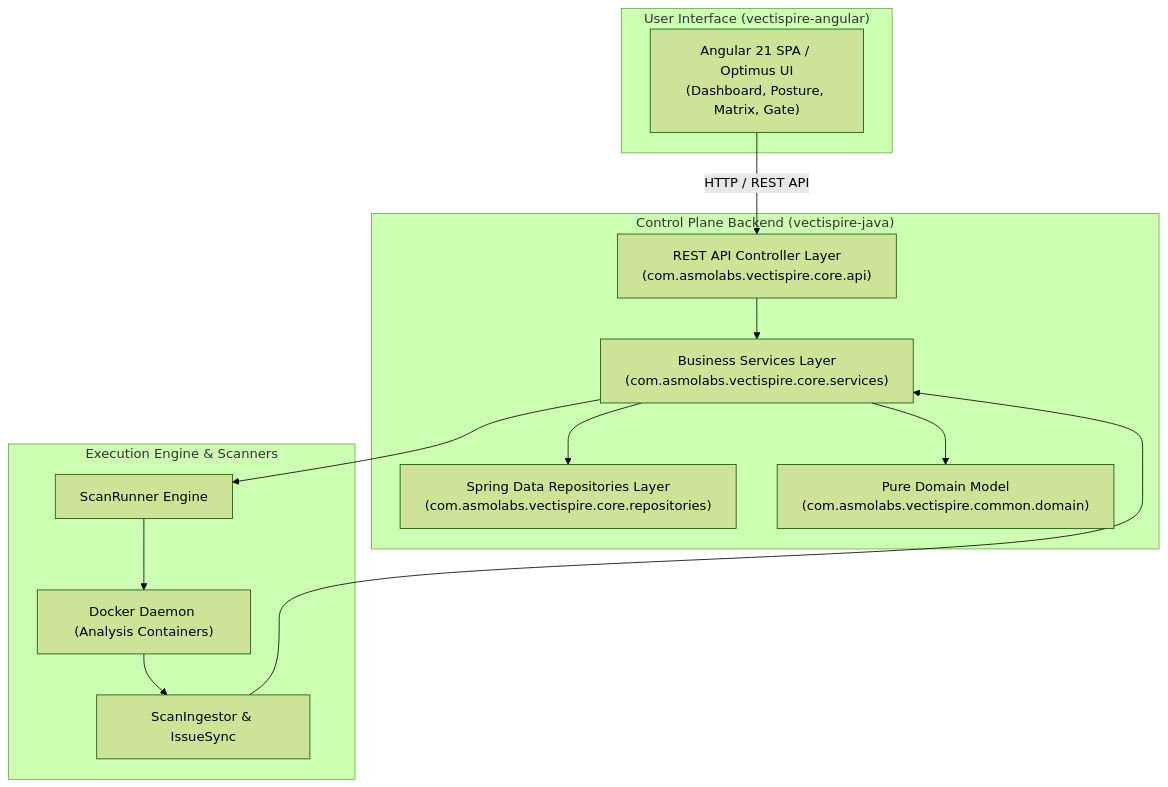
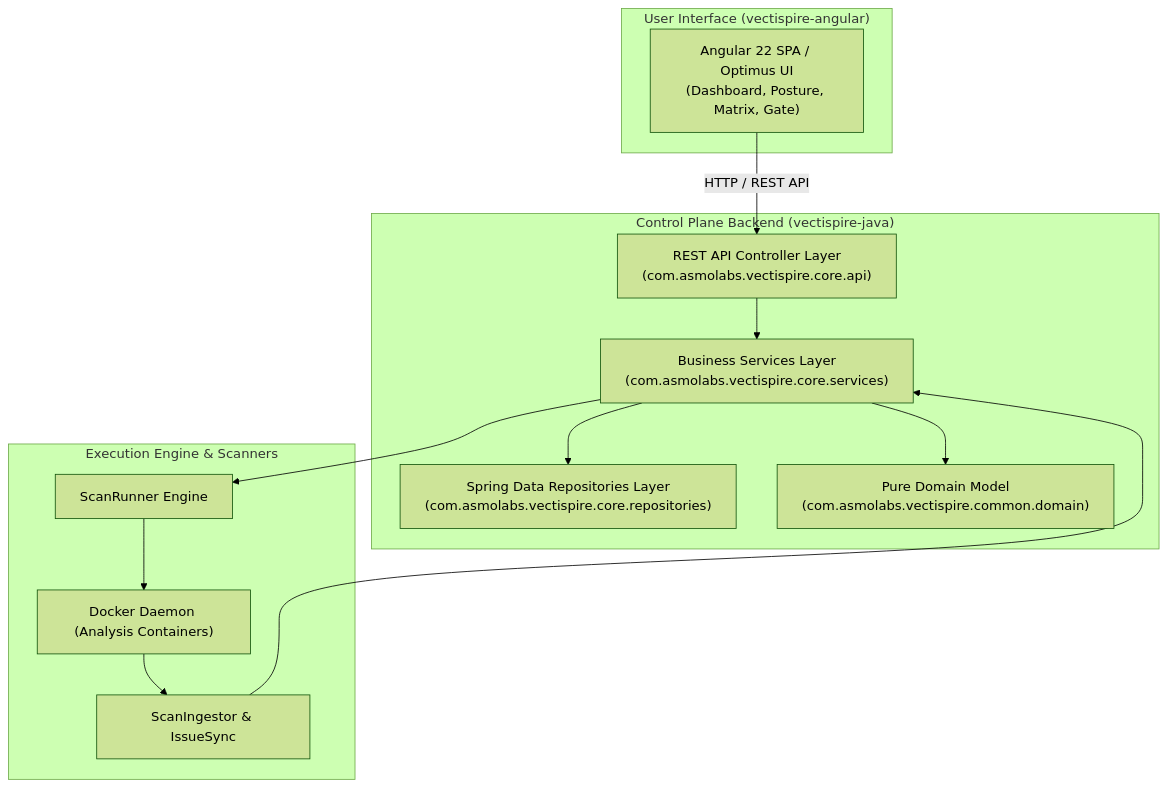
One commit to asmolabs/vectispire changed the diagram in docs/architecture/bflorat/en/01_application_view.md. Above: the diagram before and after it, drawn with Mermaid (forest theme). The commit also changed other lines of this file and 17 other files, not shown here.

First line of the commit message:
docs: the front end is on Angular 22, TypeScript 6.0 and Optimus UI 2

````diff
--- a/docs/architecture/bflorat/en/01_application_view.md
+++ b/docs/architecture/bflorat/en/01_application_view.md
@@ -38,28 +38,28 @@
 ```mermaid
 flowchart TB
     subgraph Frontend["User Interface (vectispire-angular)"]
-        UI["Angular 21 SPA / Optimus UI<br/>(Dashboard, Posture, Matrix, Gate)"]
+        UI["Angular 22 SPA / Optimus UI<br/>(Dashboard, Posture, Matrix, Gate)"]
     end
 
     subgraph Backend["Control Plane Backend (vectispire-java)"]
         API["REST API Controller Layer<br/>(com.asmolabs.vectispire.core.api)"]
         Services["Business Services Layer<br/>(com.asmolabs.vectispire.core.services)"]
         Repo["Spring Data Repositories Layer<br/>(com.asmolabs.vectispire.core.repositories)"]
         Domain["Pure Domain Model<br/>(com.asmolabs.vectispire.common.domain)"]
     end
 
     subgraph Execution["Execution Engine & Scanners"]
         ScanRunner["ScanRunner Engine"]
         Ingestor["ScanIngestor & IssueSync"]
         DockerDaemon["Docker Daemon (Analysis Containers)"]
     end
 
     UI -->|"HTTP / REST API"| API
     API --> Services
     Services --> Repo
     Services --> Domain
     Services --> ScanRunner
     ScanRunner --> DockerDaemon
     DockerDaemon --> Ingestor
     Ingestor --> Services
 ```
````
